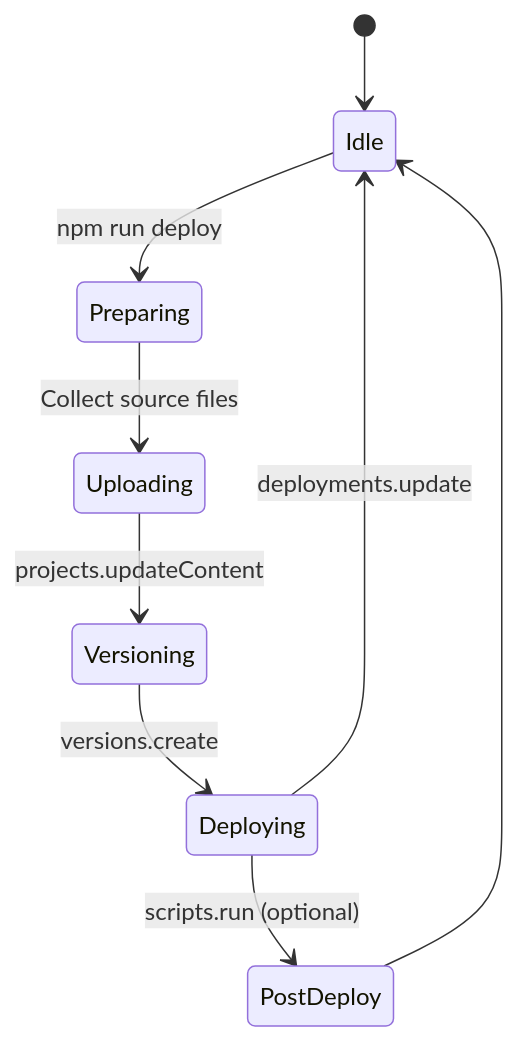
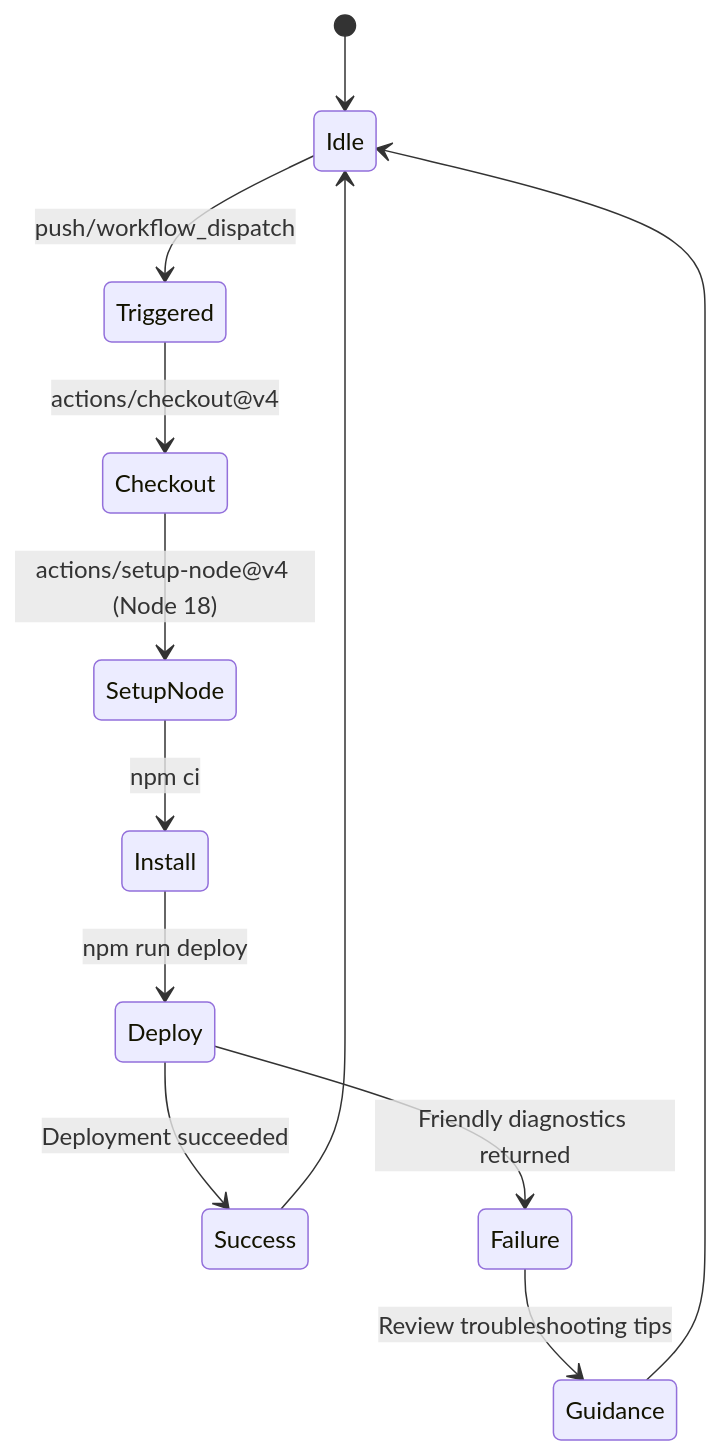
The second of 5 diagrams in README.md (muyueh/GAS), drawn with Mermaid before and after one commit. The commit also changed other lines of this file and 2 other files, not shown here.

Commit message:
Improve Apps Script deploy diagnostics

````diff
--- a/README.md
+++ b/README.md
@@ -11,11 +25,14 @@
 ```mermaid
 stateDiagram-v2
     [*] --> Idle
-    Idle --> Preparing: npm run deploy
-    Preparing --> Uploading: Collect source files
-    Uploading --> Versioning: projects.updateContent
-    Versioning --> Deploying: versions.create
-    Deploying --> Idle: deployments.update
-    Deploying --> PostDeploy: scripts.run (optional)
-    PostDeploy --> Idle
+    Idle --> Triggered: push/workflow_dispatch
+    Triggered --> Checkout: actions/checkout@v4
+    Checkout --> SetupNode: actions/setup-node@v4 (Node 18)
+    SetupNode --> Install: npm ci
+    Install --> Deploy: npm run deploy
+    Deploy --> Success: Deployment succeeded
+    Deploy --> Failure: Friendly diagnostics returned
+    Failure --> Guidance: Review troubleshooting tips
+    Guidance --> Idle
+    Success --> Idle
 ```
````
